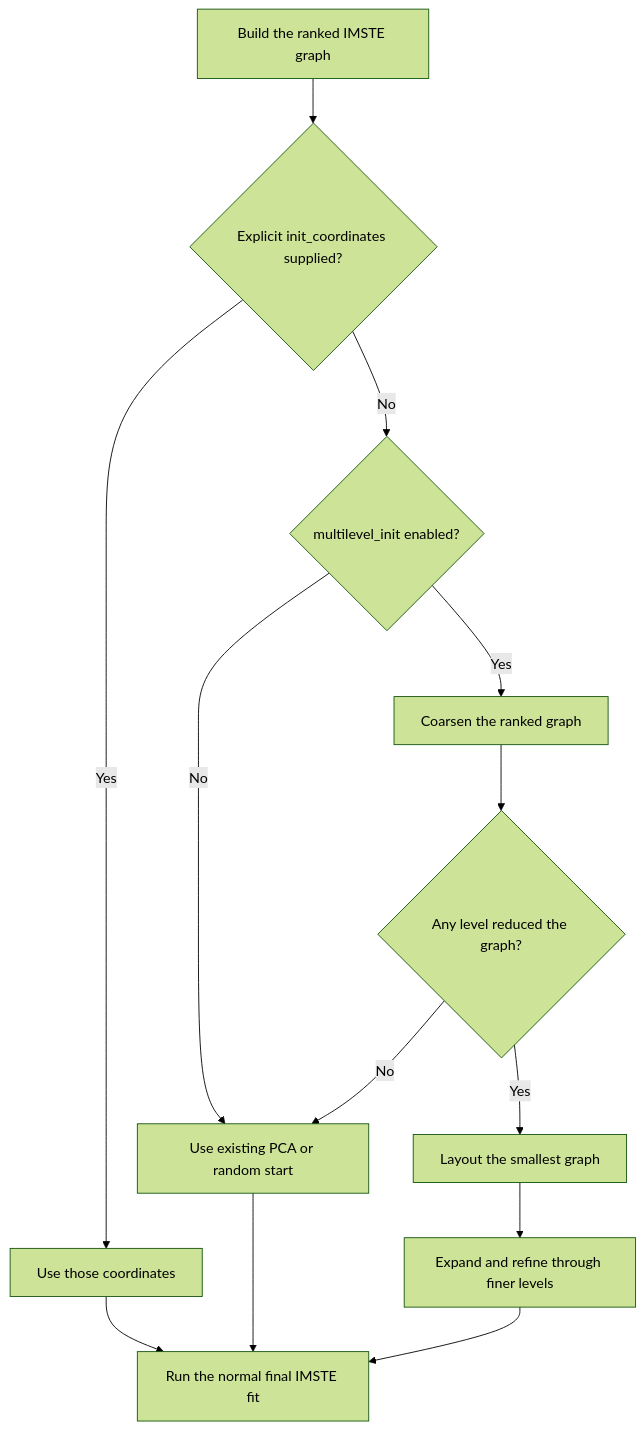
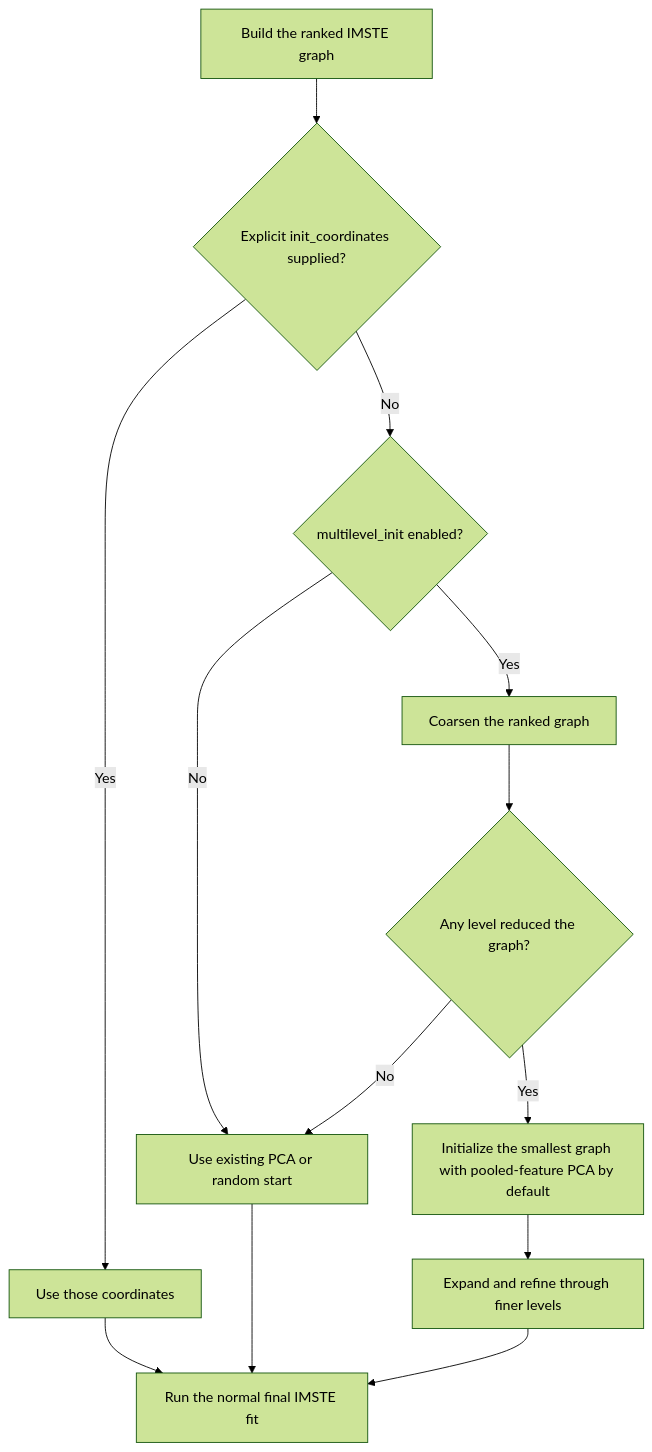
The first of 4 diagrams in rank_only_multilevel_imste_initialisation.md (fabriziocosta/IteratedMinimumSpanningTree), drawn with Mermaid (forest theme) before and after one commit. The commit also changed other lines of this file and 5 other files, not shown here.

Commit message:
Initialize coarse graph from pooled-feature PCA

````diff
--- a/rank_only_multilevel_imste_initialisation.md
+++ b/rank_only_multilevel_imste_initialisation.md
@@ -14,15 +16,15 @@
 ```mermaid
 flowchart TD
     A[Build the ranked IMSTE graph] --> B{Explicit init_coordinates supplied?}
     B -- Yes --> C[Use those coordinates]
     B -- No --> D{multilevel_init enabled?}
     D -- No --> E[Use existing PCA or random start]
     D -- Yes --> F[Coarsen the ranked graph]
     F --> G{Any level reduced the graph?}
     G -- No --> E
-    G -- Yes --> H[Layout the smallest graph]
+    G -- Yes --> H[Initialize the smallest graph with pooled-feature PCA by default]
     H --> I[Expand and refine through finer levels]
     I --> J[Run the normal final IMSTE fit]
     C --> J
     E --> J
 ```
````
